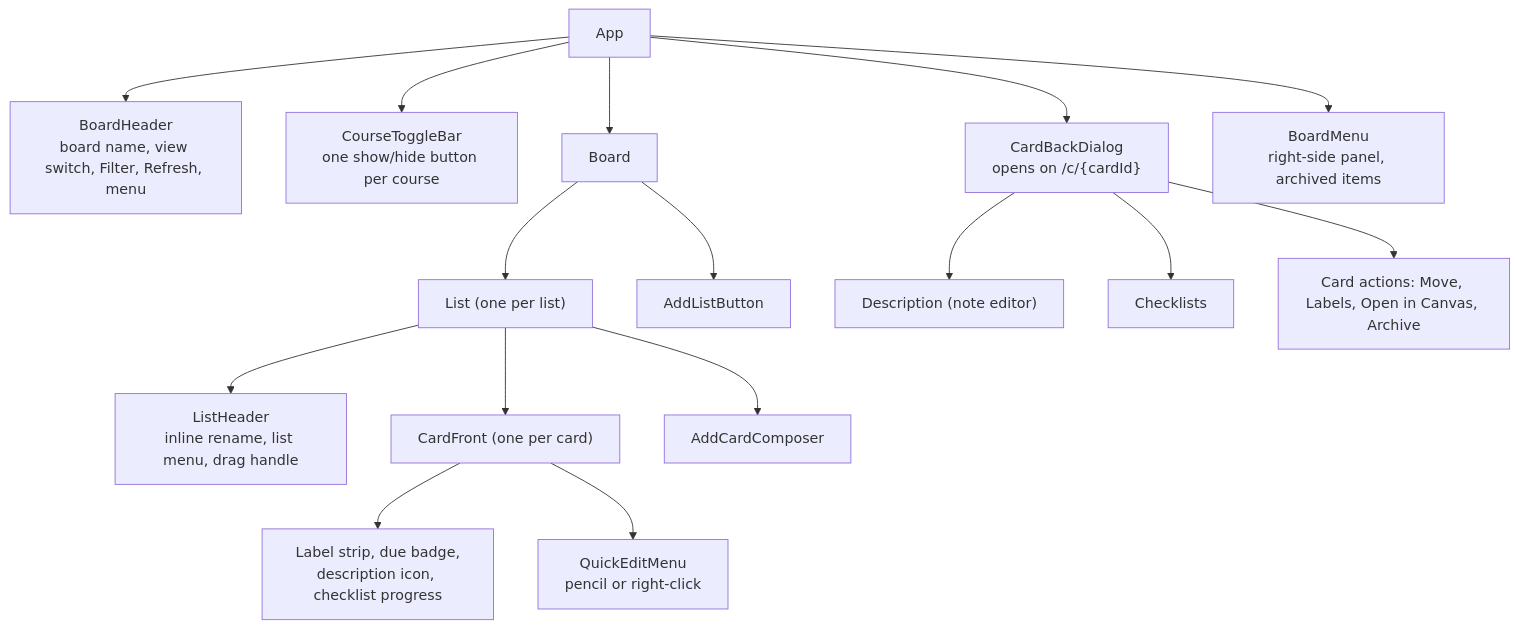
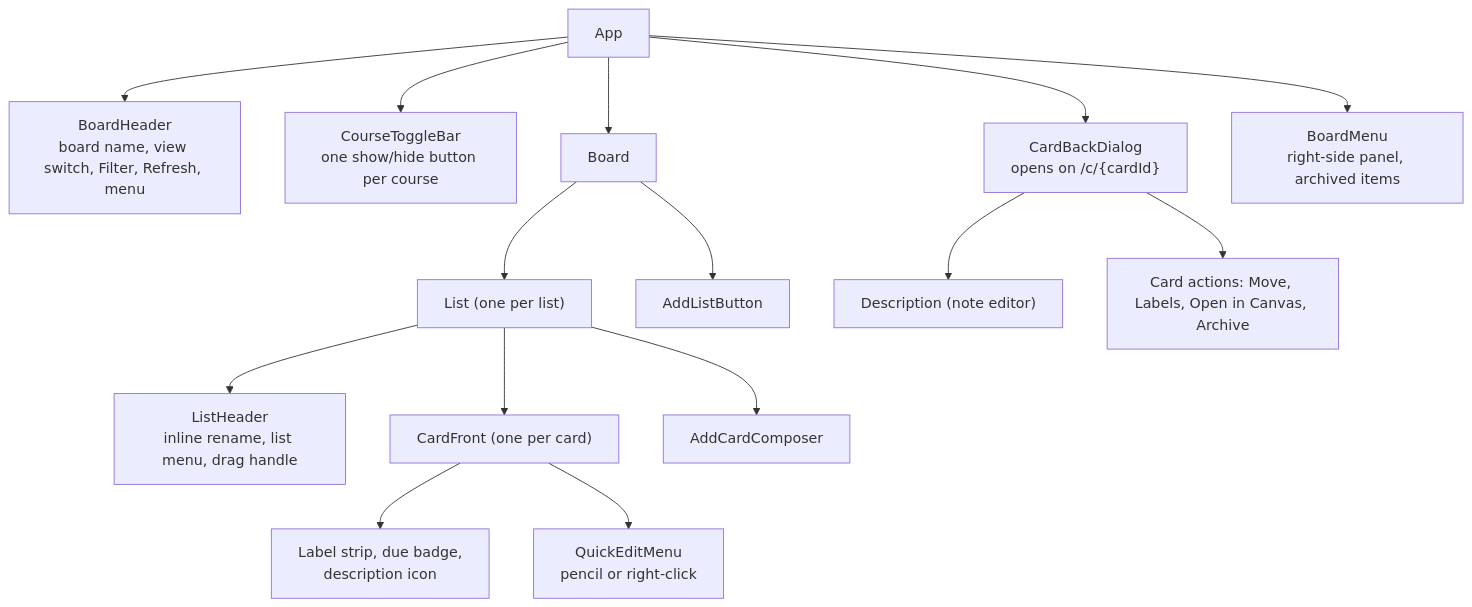
Before and after one commit to bbranton/TestProj: the sixth of 6 diagrams in docs/canvas-portal/03-design.md, drawn with Mermaid. The commit also changed other lines of this file and 4 other files, not shown here.

First line of the commit message:
Move card checklists (FR-70) to Phase 5

````diff
--- a/docs/canvas-portal/03-design.md
+++ b/docs/canvas-portal/03-design.md
@@ -390,18 +392,17 @@
 ```mermaid
 flowchart TD
     App --> Header["BoardHeader<br/>board name, view switch, Filter, Refresh, menu"]
     App --> Toggles["CourseToggleBar<br/>one show/hide button per course"]
     App --> Board
     App --> CardBack["CardBackDialog<br/>opens on /c/{cardId}"]
     App --> BoardMenu["BoardMenu<br/>right-side panel, archived items"]
     Board --> List["List (one per list)"]
     Board --> AddList["AddListButton"]
     List --> ListHeader["ListHeader<br/>inline rename, list menu, drag handle"]
     List --> Card["CardFront (one per card)"]
     List --> AddCard["AddCardComposer"]
-    Card --> Badges["Label strip, due badge,<br/>description icon, checklist progress"]
+    Card --> Badges["Label strip, due badge,<br/>description icon"]
     Card --> QuickEdit["QuickEditMenu<br/>pencil or right-click"]
     CardBack --> Desc["Description (note editor)"]
-    CardBack --> Checklists
     CardBack --> Sidebar["Card actions: Move, Labels, Open in Canvas, Archive"]
 ```
````
